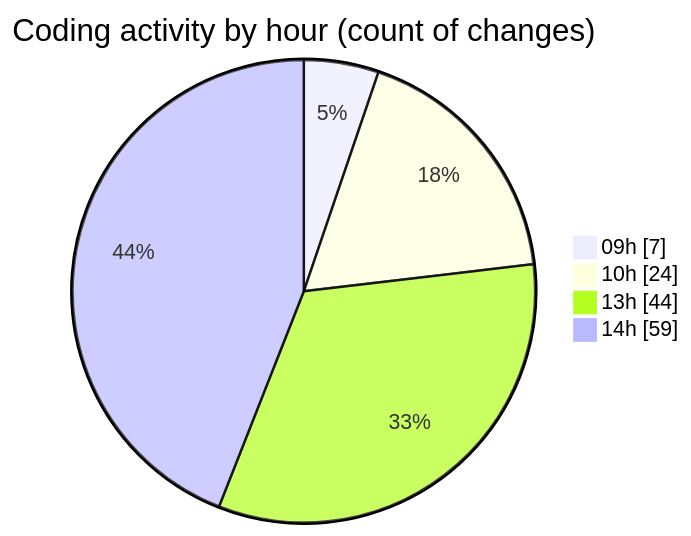
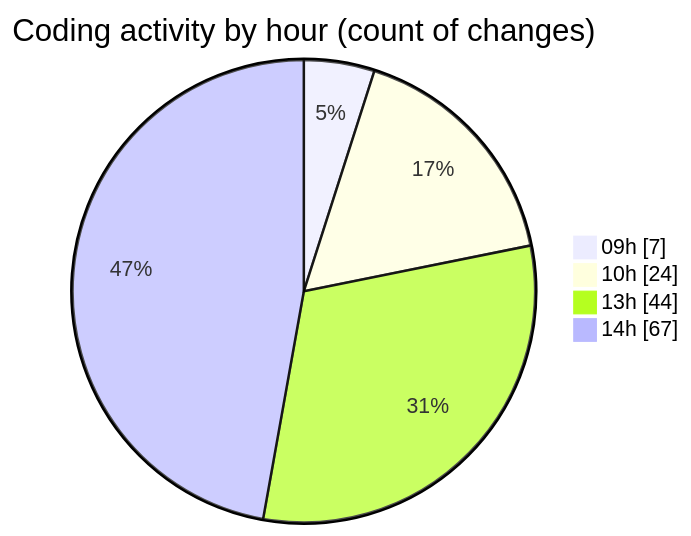
Before and after one commit to momahboobian/code-tracking: the second of 2 diagrams in 2025-04-10/cda/README.md, drawn with Mermaid. The commit also changed other lines of this file and 1 other file, not shown here.

````diff
--- a/2025-04-10/cda/README.md
+++ b/2025-04-10/cda/README.md
@@ -33,8 +33,8 @@
 ```mermaid
 pie showData
 title Coding activity by hour (count of changes)
 "09h" : 7
 "10h" : 24
 "13h" : 44
-"14h" : 59
+"14h" : 67
 ```
````
